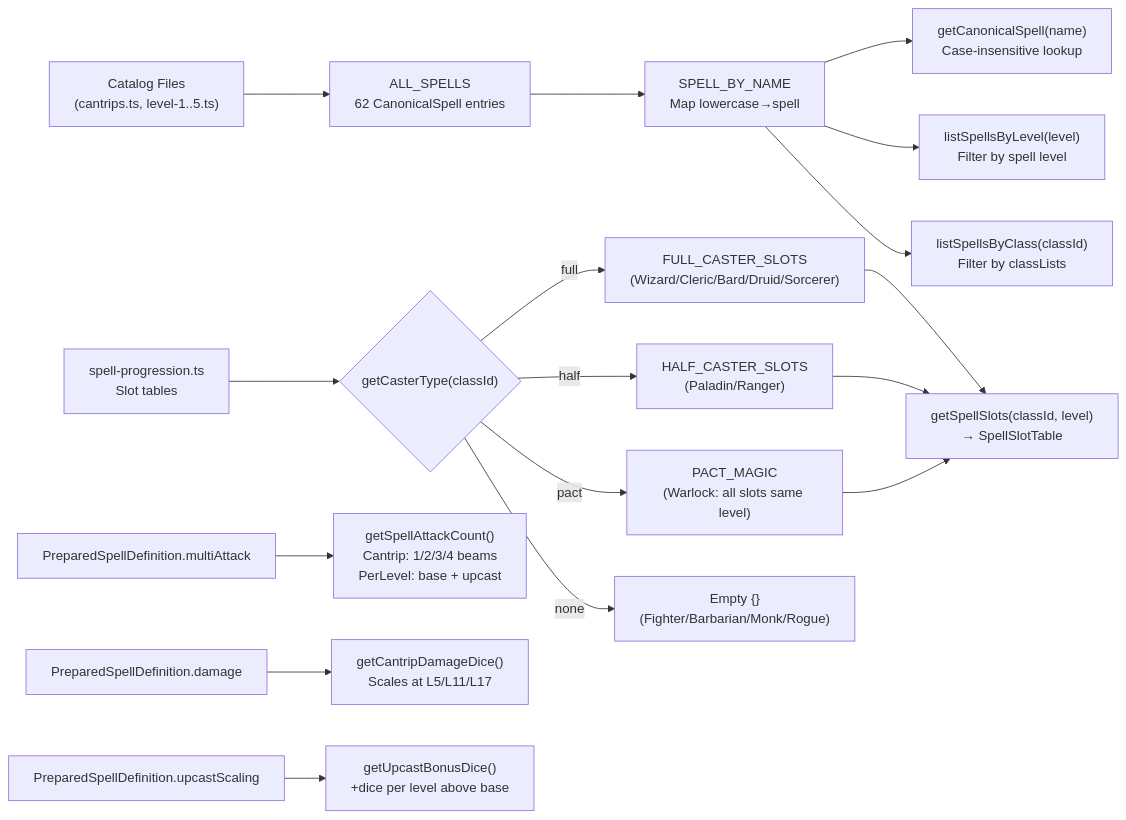
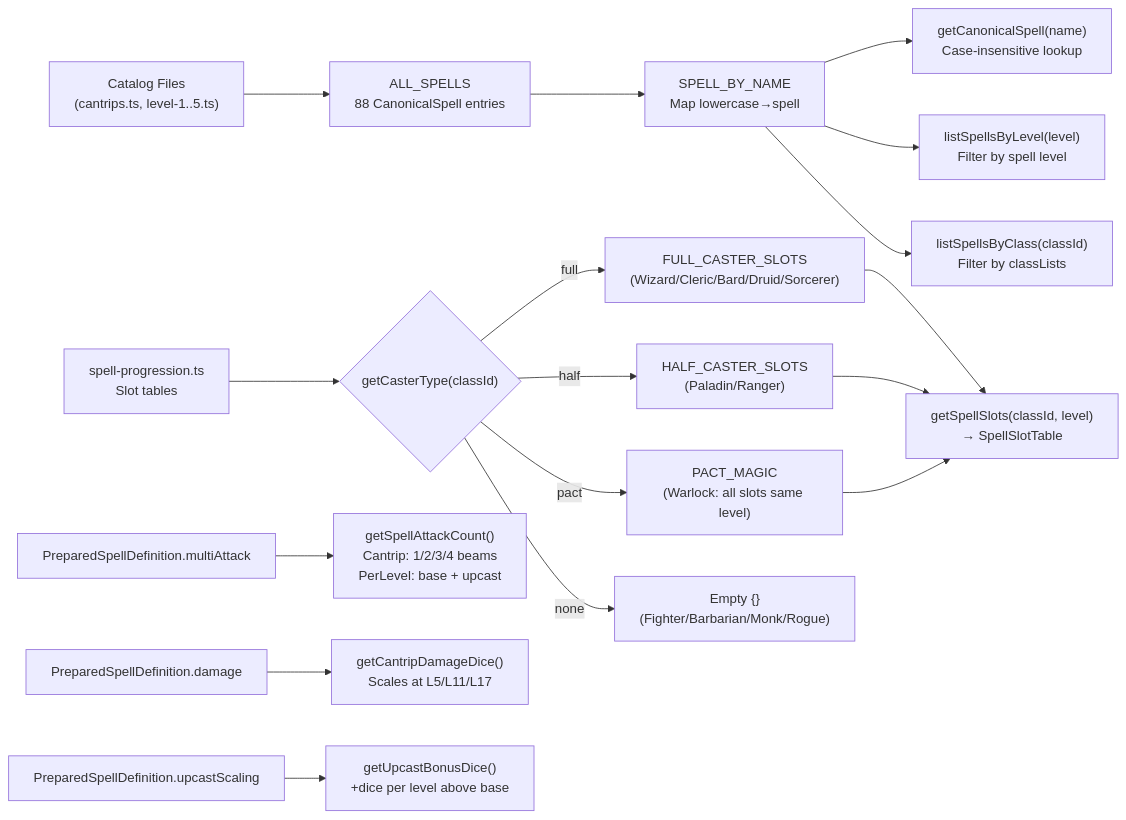
Before and after one commit to mweyamutsvene/DungeonMaster: the second of 3 diagrams in .github/SME-Architecture-Flows/SpellCatalog.md, drawn with Mermaid. The commit also changed other lines of this file and 139 other files, not shown here.

Commit message:
docs: sync SME audits, flow instructions, and TWF scaffolding

````diff
--- a/.github/SME-Architecture-Flows/SpellCatalog.md
+++ b/.github/SME-Architecture-Flows/SpellCatalog.md
@@ -128,21 +128,21 @@
 ```mermaid
 flowchart LR
-    A["Catalog Files\n(cantrips.ts, level-1..5.ts)"] --> B["ALL_SPELLS\n62 CanonicalSpell entries"]
+    A["Catalog Files\n(cantrips.ts, level-1..5.ts)"] --> B["ALL_SPELLS\n88 CanonicalSpell entries"]
     B --> C["SPELL_BY_NAME\nMap lowercase→spell"]
     C --> D["getCanonicalSpell(name)\nCase-insensitive lookup"]
     C --> E["listSpellsByLevel(level)\nFilter by spell level"]
     C --> F["listSpellsByClass(classId)\nFilter by classLists"]
 
     G["spell-progression.ts\nSlot tables"] --> H{"getCasterType(classId)"}
     H -->|"full"| I["FULL_CASTER_SLOTS\n(Wizard/Cleric/Bard/Druid/Sorcerer)"]
     H -->|"half"| J["HALF_CASTER_SLOTS\n(Paladin/Ranger)"]
     H -->|"pact"| K["PACT_MAGIC\n(Warlock: all slots same level)"]
     H -->|"none"| L["Empty {}\n(Fighter/Barbarian/Monk/Rogue)"]
     I --> M["getSpellSlots(classId, level)\n→ SpellSlotTable"]
     J --> M
     K --> M
 
     N["PreparedSpellDefinition.multiAttack"] --> O["getSpellAttackCount()\nCantrip: 1/2/3/4 beams\nPerLevel: base + upcast"]
     P["PreparedSpellDefinition.damage"] --> Q["getCantripDamageDice()\nScales at L5/L11/L17"]
     R["PreparedSpellDefinition.upcastScaling"] --> S["getUpcastBonusDice()\n+dice per level above base"]
 ```
````
